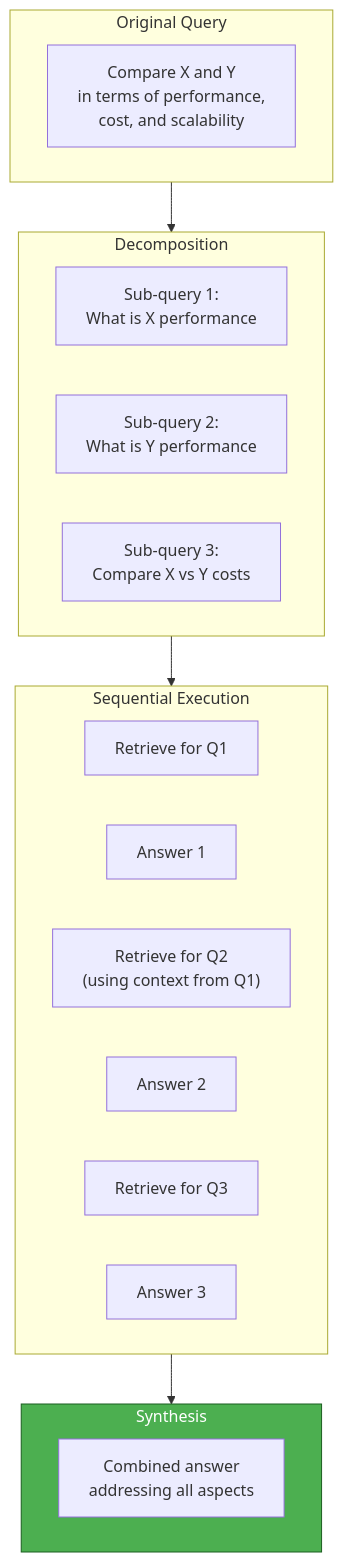
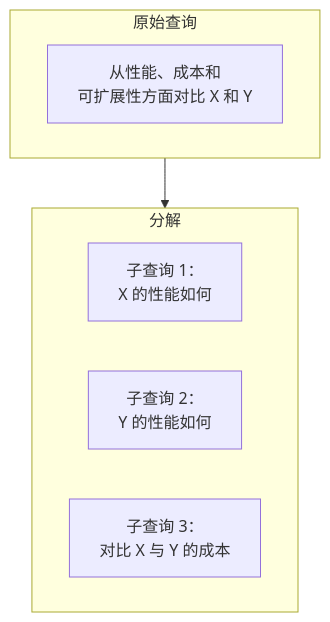
Before and after one commit to YiWang24/AiDIY: the sixth of 10 diagrams in i18n/zh-Hans/docusaurus-plugin-content-docs/current/ai/rag/04-retrieval.mdx, drawn with Mermaid. The commit also changed other lines of this file and 59 other files, not shown here.

````diff
--- a/i18n/zh-Hans/docusaurus-plugin-content-docs/current/ai/rag/04-retrieval.mdx
+++ b/i18n/zh-Hans/docusaurus-plugin-content-docs/current/ai/rag/04-retrieval.mdx
@@ -497,31 +339,14 @@
 ```mermaid
 flowchart TB
-    subgraph Original["Original Query"]
-        Q["Compare X and Y<br/>in terms of performance,<br/>cost, and scalability"]
+    subgraph Original["原始查询"]
+        Q["从性能、成本和<br/>可扩展性方面对比 X 和 Y"]
     end
 
-    subgraph Decompose["Decomposition"]
-        D1["Sub-query 1:<br/>What is X performance"]
-        D2["Sub-query 2:<br/>What is Y performance"]
-        D3["Sub-query 3:<br/>Compare X vs Y costs"]
-    end
-
-    subgraph Sequential["Sequential Execution"]
-        R1["Retrieve for Q1"]
-        A1["Answer 1"]
-        R2["Retrieve for Q2<br/>(using context from Q1)"]
-        A2["Answer 2"]
-        R3["Retrieve for Q3"]
-        A3["Answer 3"]
-    end
-
-    subgraph Synthesize["Synthesis"]
-        Final["Combined answer<br/>addressing all aspects"]
+    subgraph Decompose["分解"]
+        D1["子查询 1：<br/>X 的性能如何"]
+        D2["子查询 2：<br/>Y 的性能如何"]
+        D3["子查询 3：<br/>对比 X 与 Y 的成本"]
     end
 
     Original --> Decompose
-    Decompose --> Sequential
-    Sequential --> Synthesize
-
-    style Synthesize fill:#4caf50,stroke:#1b5e20,color:#fff
 ```
````
